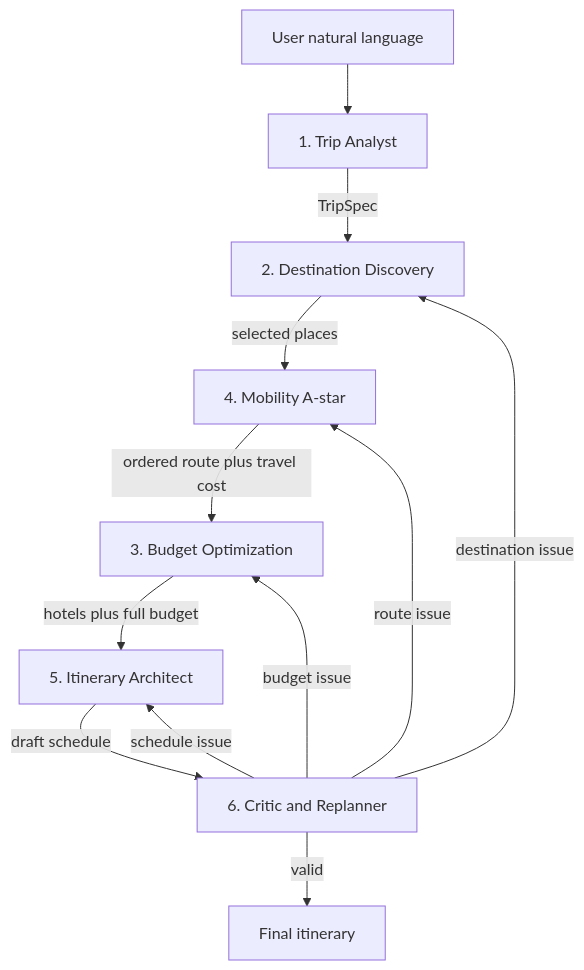
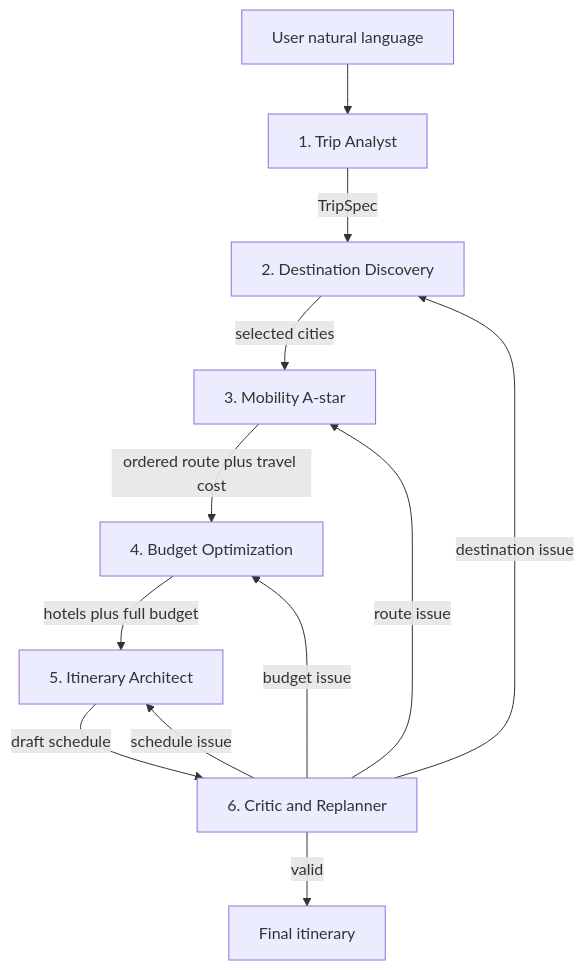
One commit to akshayks13/Odyssey changed the diagram in PLAN.md. Above: the diagram before and after it, drawn with Mermaid. The commit also changed other lines of this file and 39 other files, not shown here.

````diff
--- a/PLAN.md
+++ b/PLAN.md
@@ -42,23 +42,23 @@
 ```mermaid
 flowchart TD
     User["User natural language"]
     TA["1. Trip Analyst"]
     DA["2. Destination Discovery"]
-    MA["4. Mobility A-star"]
-    BA["3. Budget Optimization"]
+    MA["3. Mobility A-star"]
+    BA["4. Budget Optimization"]
     IA["5. Itinerary Architect"]
     CR["6. Critic and Replanner"]
     FE["Final itinerary"]
 
     User --> TA
     TA -->|"TripSpec"| DA
-    DA -->|"selected places"| MA
+    DA -->|"selected cities"| MA
     MA -->|"ordered route plus travel cost"| BA
     BA -->|"hotels plus full budget"| IA
     IA -->|"draft schedule"| CR
     CR -->|"valid"| FE
     CR -->|"destination issue"| DA
     CR -->|"route issue"| MA
     CR -->|"budget issue"| BA
     CR -->|"schedule issue"| IA
 ```
````
